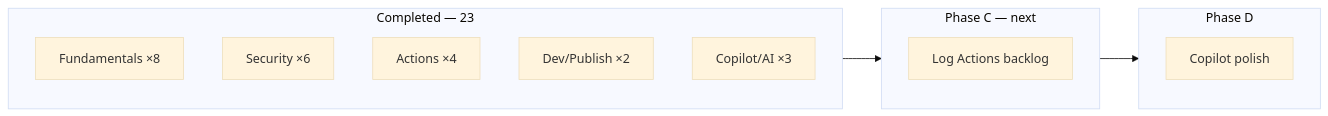
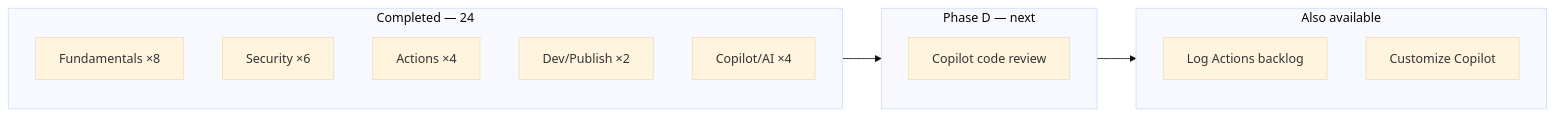
The diagram in ROADMAP.md (blackhebrewisraeli/github-skills-journey), drawn with Mermaid (base theme) before and after one commit. The commit also changed other lines of this file and 1 other file, not shown here.

Commit message:
Log Getting started with GitHub Copilot practice (24 total).

````diff
--- a/ROADMAP.md
+++ b/ROADMAP.md
@@ -10,17 +10,18 @@
 ```mermaid
 flowchart LR
-    subgraph done [Completed — 23]
+    subgraph done [Completed — 24]
         F[Fundamentals ×8]
         S[Security ×6]
         A[Actions ×4]
         D[Dev/Publish ×2]
-        C[Copilot/AI ×3]
+        C[Copilot/AI ×4]
     end
-    subgraph next [Phase C — next]
+    subgraph next [Phase D — next]
+        CR[Copilot code review]
+    end
+    subgraph later [Also available]
         AB[Log Actions backlog]
-    end
-    subgraph later [Phase D]
-        CP[Copilot polish]
+        CP[Customize Copilot]
     end
     done --> next --> later
 ```
````
